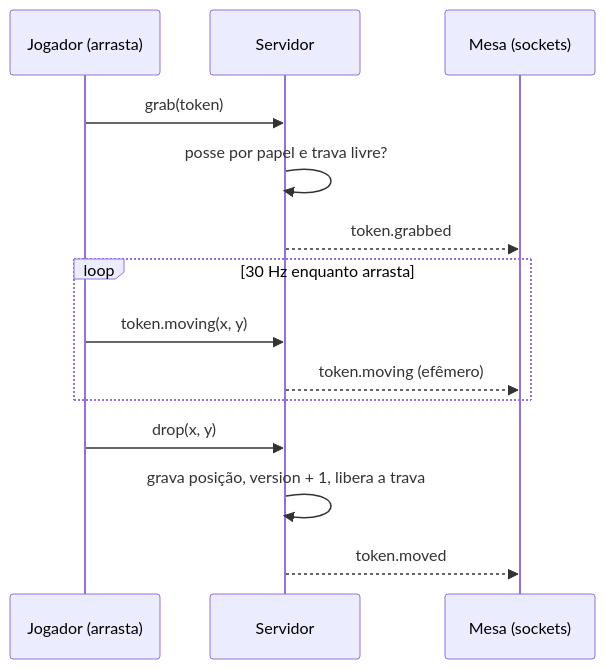
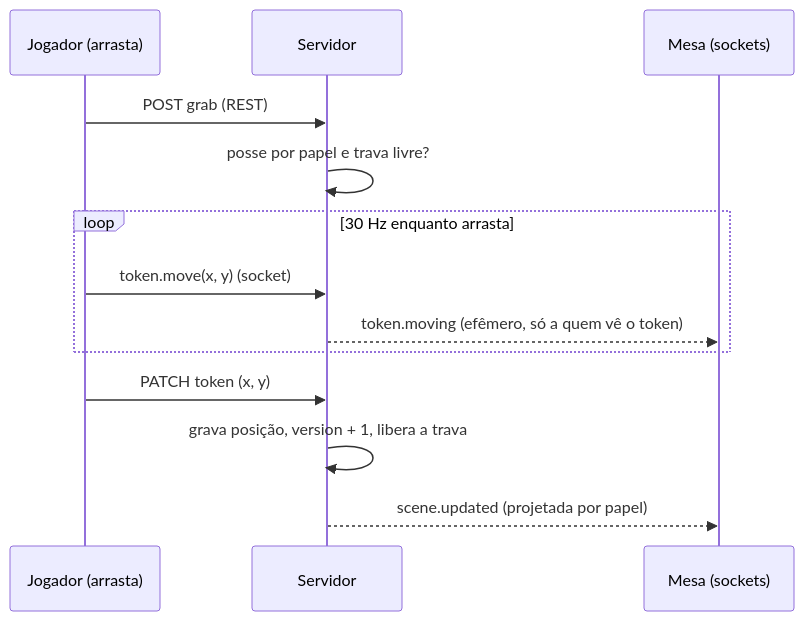
Before and after one commit to DanielTrindade/quest-fast: the third of 3 diagrams in docs/architecture.md, drawn with Mermaid. The commit also changed other lines of this file and 3 other files, not shown here.

````diff
--- a/docs/architecture.md
+++ b/docs/architecture.md
@@ -323,17 +335,16 @@
 ```mermaid
 sequenceDiagram
   participant J as Jogador (arrasta)
   participant S as Servidor
   participant M as Mesa (sockets)
 
-  J->>S: grab(token)
+  J->>S: POST grab (REST)
   S->>S: posse por papel e trava livre?
-  S-->>M: token.grabbed
   loop 30 Hz enquanto arrasta
-    J->>S: token.moving(x, y)
-    S-->>M: token.moving (efêmero)
+    J->>S: token.move(x, y) (socket)
+    S-->>M: token.moving (efêmero, só a quem vê o token)
   end
-  J->>S: drop(x, y)
+  J->>S: PATCH token (x, y)
   S->>S: grava posição, version + 1, libera a trava
-  S-->>M: token.moved
+  S-->>M: scene.updated (projetada por papel)
 ```
````
